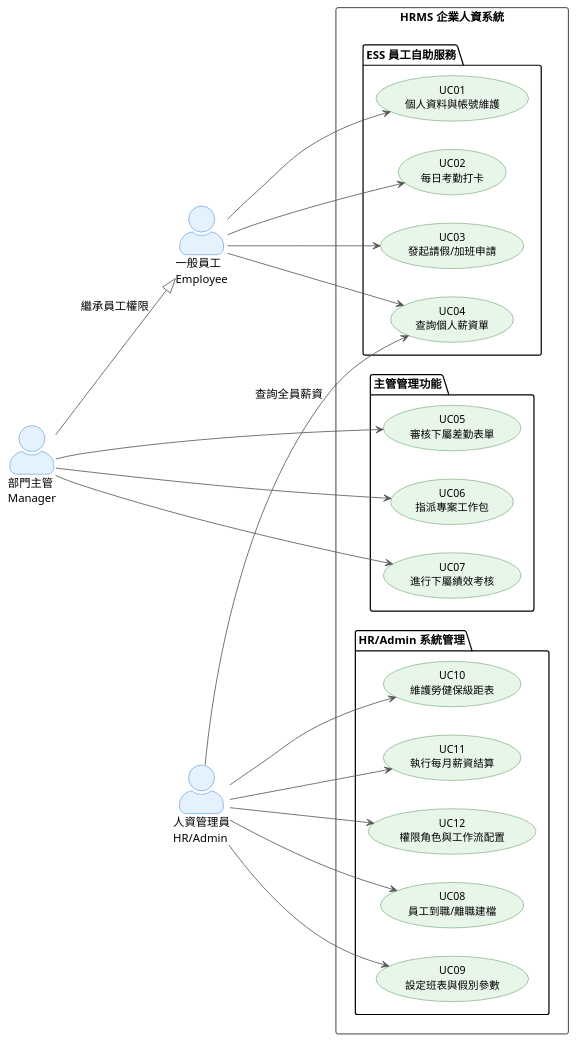
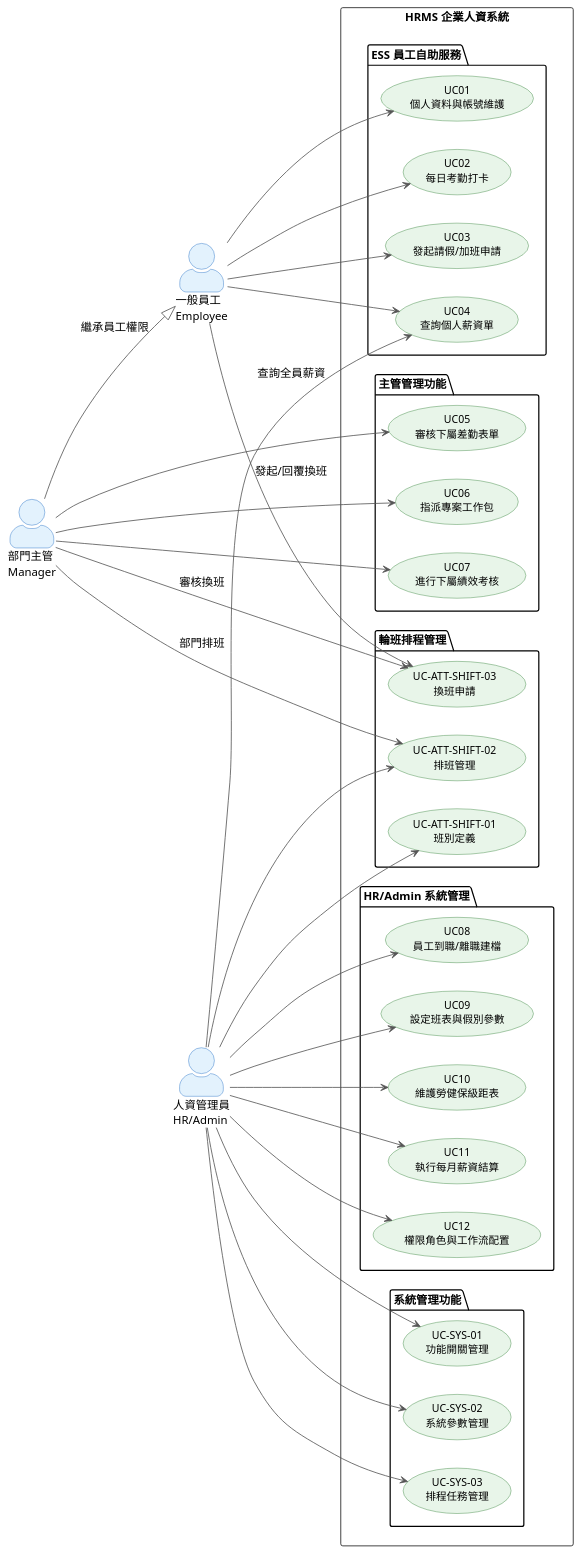
One commit to k6jo3/hr-sytsem-tw changed the diagram in knowledge/03_系統使用案例圖與規格.puml. Above: the diagram before and after it, drawn with PlantUML. The commit also changed 12 other files, not shown here.

First line of the commit message:
文件補充 9/9 完成：邏輯規格書 + 架構圖 + API 規格

```diff
--- a/knowledge/03_系統使用案例圖與規格.puml
+++ b/knowledge/03_系統使用案例圖與規格.puml
@@ -1,66 +1,86 @@
 @startuml 03_usecase
 skinparam actorStyle awesome
 skinparam DefaultFontName "Microsoft JhengHei"
 skinparam DefaultFontSize 14
 
 skinparam usecase {
   BackgroundColor #E8F5E9
   BorderColor #2E7D32
   FontSize 13
   FontColor #000000
 }
 skinparam actor {
   BackgroundColor #E3F2FD
   BorderColor #1565C0
   FontColor #000000
 }
 skinparam ArrowColor #555555
 
 left to right direction
 
 actor "一般員工\nEmployee" as Emp
 actor "部門主管\nManager" as Mgr
 actor "人資管理員\nHR/Admin" as Admin
 
 Mgr --|> Emp : 繼承員工權限
 
 rectangle "HRMS 企業人資系統" {
   package "ESS 員工自助服務" {
     usecase "UC01\n個人資料與帳號維護" as UC01
     usecase "UC02\n每日考勤打卡" as UC02
     usecase "UC03\n發起請假/加班申請" as UC03
     usecase "UC04\n查詢個人薪資單" as UC04
   }
 
   package "主管管理功能" {
     usecase "UC05\n審核下屬差勤表單" as UC05
     usecase "UC06\n指派專案工作包" as UC06
     usecase "UC07\n進行下屬績效考核" as UC07
   }
 
   package "HR/Admin 系統管理" {
     usecase "UC08\n員工到職/離職建檔" as UC08
     usecase "UC09\n設定班表與假別參數" as UC09
     usecase "UC10\n維護勞健保級距表" as UC10
     usecase "UC11\n執行每月薪資結算" as UC11
     usecase "UC12\n權限角色與工作流配置" as UC12
   }
+
+  package "系統管理功能" {
+    usecase "UC-SYS-01\n功能開關管理" as UCSYS01
+    usecase "UC-SYS-02\n系統參數管理" as UCSYS02
+    usecase "UC-SYS-03\n排程任務管理" as UCSYS03
+  }
+
+  package "輪班排程管理" {
+    usecase "UC-ATT-SHIFT-01\n班別定義" as UCSHIFT01
+    usecase "UC-ATT-SHIFT-02\n排班管理" as UCSHIFT02
+    usecase "UC-ATT-SHIFT-03\n換班申請" as UCSHIFT03
+  }
 }
 
 Emp --> UC01
 Emp --> UC02
 Emp --> UC03
 Emp --> UC04
+Emp --> UCSHIFT03 : 發起/回覆換班
 
 Mgr --> UC05
 Mgr --> UC06
 Mgr --> UC07
+Mgr --> UCSHIFT02 : 部門排班
+Mgr --> UCSHIFT03 : 審核換班
 
 Admin --> UC08
 Admin --> UC09
 Admin --> UC10
 Admin --> UC11
 Admin --> UC12
 Admin --> UC04 : 查詢全員薪資
+Admin --> UCSYS01
+Admin --> UCSYS02
+Admin --> UCSYS03
+Admin --> UCSHIFT01
+Admin --> UCSHIFT02
 
 @enduml
```
